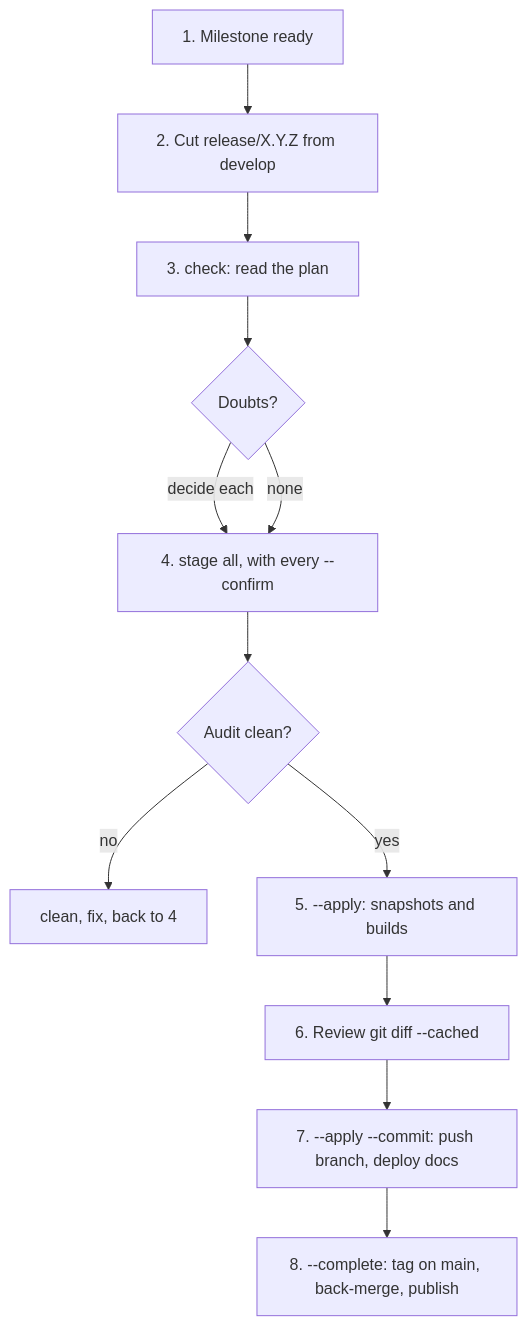
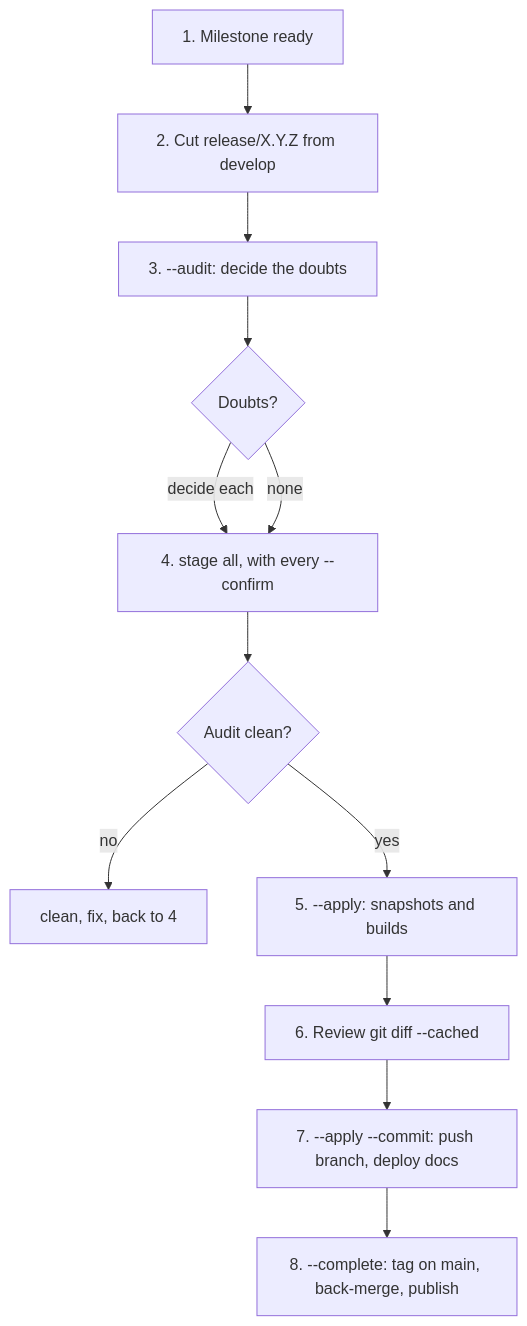
One commit to rdkcentral/rdk-halif-aidl changed the diagram in docs/governance/release-runbook.md. Above: the diagram before and after it, drawn with Mermaid. The commit also changed other lines of this file, not shown here.

````diff
--- a/docs/governance/release-runbook.md
+++ b/docs/governance/release-runbook.md
@@ -5,14 +5,14 @@
 ```mermaid
 flowchart TD
     A[1. Milestone ready] --> B[2. Cut release/X.Y.Z from develop]
-    B --> C[3. check: read the plan]
+    B --> C[3. --audit: decide the doubts]
     C --> D{Doubts?}
     D -- decide each --> E[4. stage all, with every --confirm]
     D -- none --> E
     E --> F{Audit clean?}
     F -- no --> R[clean, fix, back to 4]
     F -- yes --> G[5. --apply: snapshots and builds]
     G --> H[6. Review git diff --cached]
     H --> I[7. --apply --commit: push branch, deploy docs]
     I --> J[8. --complete: tag on main, back-merge, publish]
 ```
````
